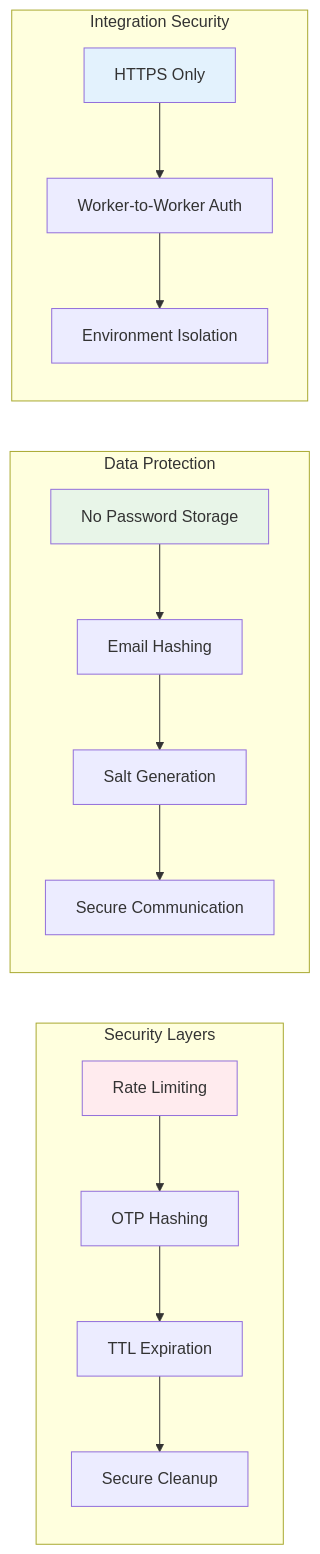
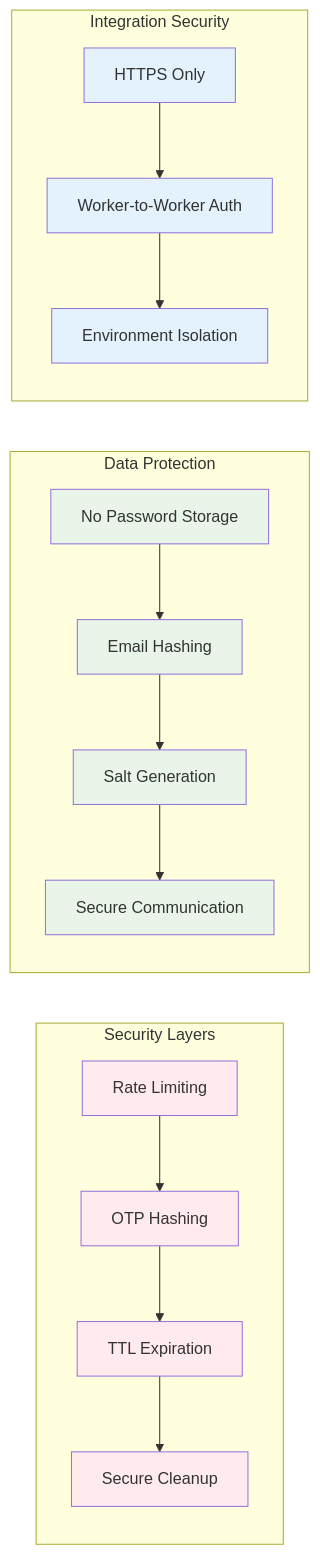
The third of 6 diagrams in README.md (NolanFoster/seasoned-app), drawn with Mermaid before and after one commit. The commit also changed other lines of this file, not shown here.

Commit message:
Update README with Mermaid diagram improvements and rendering notes

````diff
--- a/README.md
+++ b/README.md
@@ -115,35 +121,43 @@
 ```mermaid
 graph LR
     subgraph "Security Layers"
         A[Rate Limiting]
         B[OTP Hashing]
         C[TTL Expiration]
         D[Secure Cleanup]
     end
     
     subgraph "Data Protection"
         E[No Password Storage]
         F[Email Hashing]
         G[Salt Generation]
         H[Secure Communication]
     end
     
     subgraph "Integration Security"
         I[HTTPS Only]
         J[Worker-to-Worker Auth]
         K[Environment Isolation]
     end
     
     A --> B
     B --> C
     C --> D
     E --> F
     F --> G
     G --> H
     I --> J
     J --> K
     
     style A fill:#ffebee
+    style B fill:#ffebee
+    style C fill:#ffebee
+    style D fill:#ffebee
     style E fill:#e8f5e8
+    style F fill:#e8f5e8
+    style G fill:#e8f5e8
+    style H fill:#e8f5e8
     style I fill:#e3f2fd
+    style J fill:#e3f2fd
+    style K fill:#e3f2fd
 ```
````
